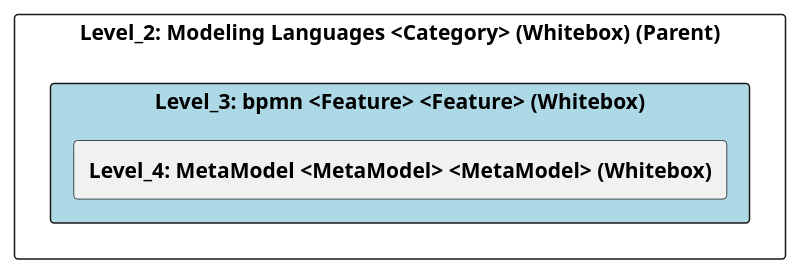
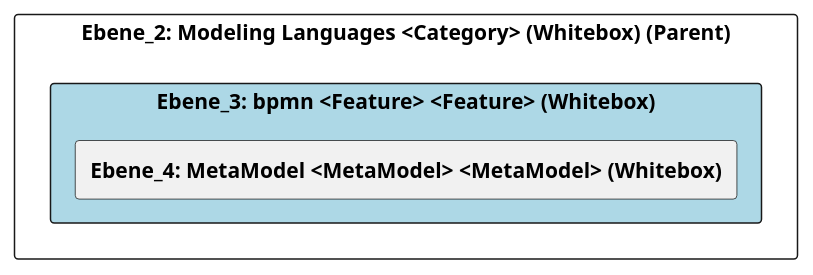
One commit to marcozwyssig/cleon changed the diagram in doc/cleonproject_deliverables_architecture_model_architecture/adoc/de/05_bausteinsicht/cleon/modeling_languages/bpmn/ebene_3_bpmn.adoc. Above: the diagram before and after it, drawn with PlantUML. The commit also changed other lines of this file and 258 other files, not shown here.

```diff
--- a/doc/cleonproject_deliverables_architecture_model_architecture/adoc/de/05_bausteinsicht/cleon/modeling_languages/bpmn/ebene_3_bpmn.adoc
+++ b/doc/cleonproject_deliverables_architecture_model_architecture/adoc/de/05_bausteinsicht/cleon/modeling_languages/bpmn/ebene_3_bpmn.adoc
@@ -24,24 +24,24 @@
-[plantuml, Level_3: bpmn <Feature> <Feature> (Whitebox)BlockOverview, format="svg"]
+[plantuml, Ebene_3: bpmn <Feature> <Feature> (Whitebox)BlockOverview, format="svg"]
 ----
-@startuml Level_3: bpmn <Feature> <Feature> (Whitebox)BuildingBlockOverview
+@startuml Ebene_3: bpmn <Feature> <Feature> (Whitebox)BuildingBlockOverview
 
 skinparam ranksep 10
 skinparam componentStyle rectangle
 skinparam shadowing false
 skinparam arrowColor lightblue
 skinparam arrowThickness 1.2
 skinparam rectangle {
   BackgroundColor White
   BorderColor #333
   RoundCorner 10
 }
 top to bottom direction
 
-component "Level_2: Modeling Languages <Category> (Whitebox) (Parent)" {
-    component "Level_3: bpmn <Feature> <Feature> (Whitebox)" #lightblue {
-        [**Level_4: MetaModel <MetaModel> <MetaModel> (Whitebox)**] as 4A56DE51_D579_11EE_903E_9F564E4DE07E
+component "Ebene_2: Modeling Languages <Category> (Whitebox) (Parent)" {
+    component "Ebene_3: bpmn <Feature> <Feature> (Whitebox)" #lightblue {
+        [**Ebene_4: MetaModel <MetaModel> <MetaModel> (Whitebox)**] as 4A56DE51_D579_11EE_903E_9F564E4DE07E
     }
 }
 
 @enduml
 ----
```
